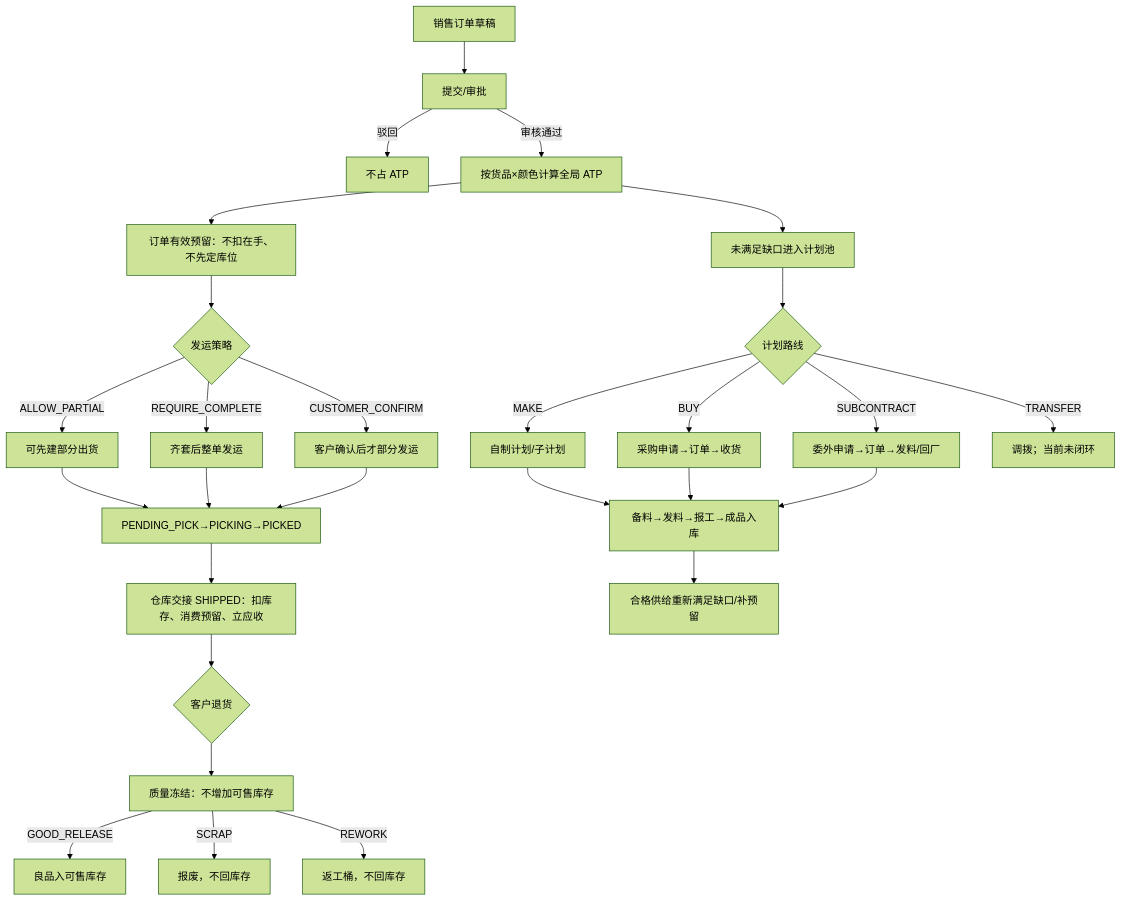
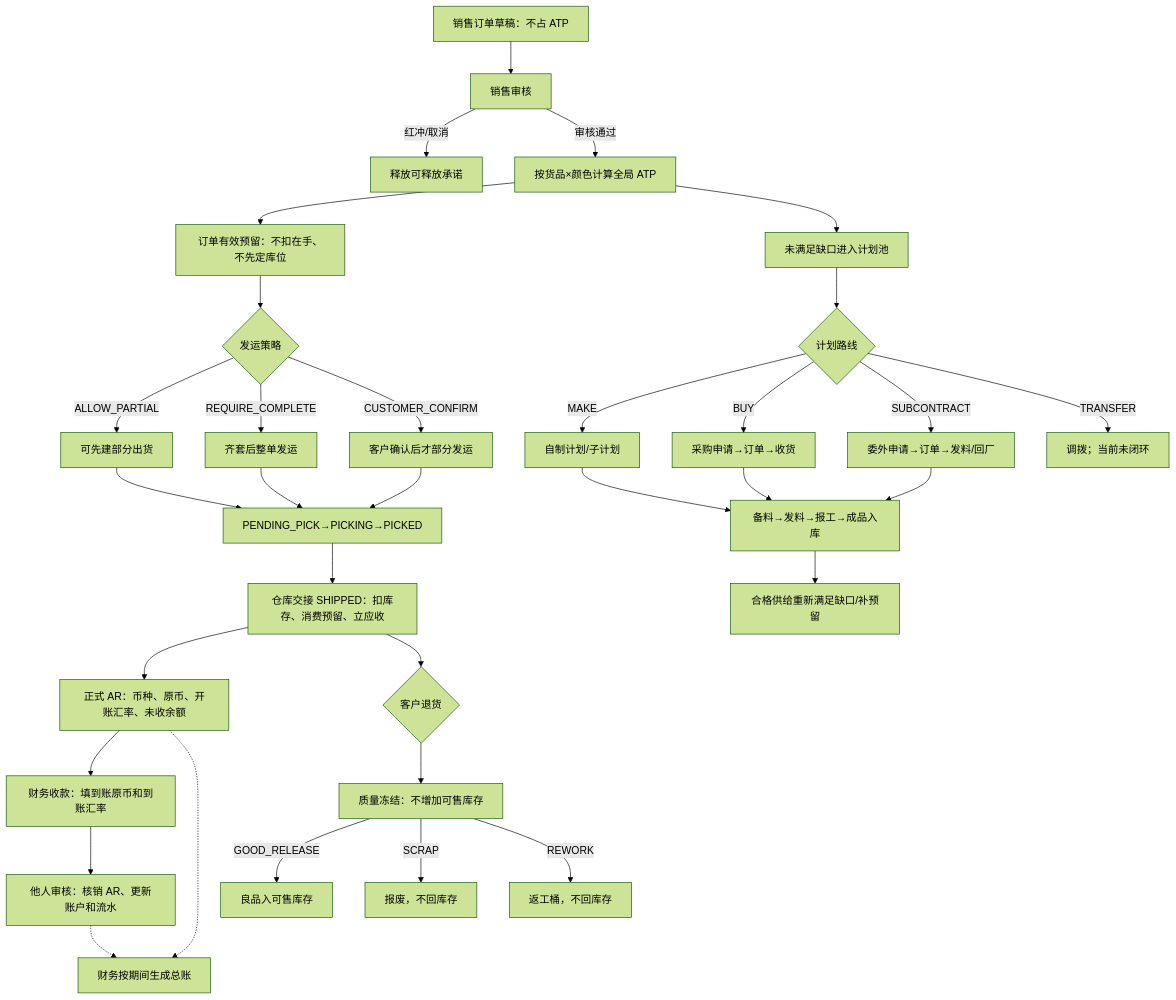
The diagram in docs/99-项目治理/2026-08-01-销售仓库生产采购委外全链路安全复核报告.md (BruceChu0424/utenelec_imp), drawn with Mermaid (forest theme) before and after one commit. The commit also changed other lines of this file and 506 other files, not shown here.

````diff
--- a/docs/99-项目治理/2026-08-01-销售仓库生产采购委外全链路安全复核报告.md
+++ b/docs/99-项目治理/2026-08-01-销售仓库生产采购委外全链路安全复核报告.md
@@ -27,30 +29,35 @@
 ```mermaid
 flowchart TD
-    A["销售订单草稿"] --> B["提交/审批"]
-    B -->|驳回| X["不占 ATP"]
+    A["销售订单草稿：不占 ATP"] --> B["销售审核"]
+    B -->|红冲/取消| X["释放可释放承诺"]
     B -->|审核通过| C["按货品×颜色计算全局 ATP"]
     C --> D["订单有效预留：不扣在手、不先定库位"]
     C --> E["未满足缺口进入计划池"]
     D --> F{"发运策略"}
     F -->|ALLOW_PARTIAL| G["可先建部分出货"]
     F -->|REQUIRE_COMPLETE| H["齐套后整单发运"]
     F -->|CUSTOMER_CONFIRM| I["客户确认后才部分发运"]
     G --> J["PENDING_PICK→PICKING→PICKED"]
     H --> J
     I --> J
     J --> K["仓库交接 SHIPPED：扣库存、消费预留、立应收"]
+    K --> AA["正式 AR：币种、原币、开账汇率、未收余额"]
+    AA --> AB["财务收款：填到账原币和到账汇率"]
+    AB --> AC["他人审核：核销 AR、更新账户和流水"]
+    AA -.-> AD["财务按期间生成总账"]
+    AC -.-> AD
     E --> L{"计划路线"}
     L -->|MAKE| M["自制计划/子计划"]
     L -->|BUY| N["采购申请→订单→收货"]
     L -->|SUBCONTRACT| O["委外申请→订单→发料/回厂"]
     L -->|TRANSFER| P["调拨；当前未闭环"]
     M --> Q["备料→发料→报工→成品入库"]
     N --> Q
     O --> Q
     Q --> R["合格供给重新满足缺口/补预留"]
     K --> S{"客户退货"}
     S --> T["质量冻结：不增加可售库存"]
     T -->|GOOD_RELEASE| U["良品入可售库存"]
     T -->|SCRAP| V["报废，不回库存"]
     T -->|REWORK| W["返工桶，不回库存"]
 ```
````
